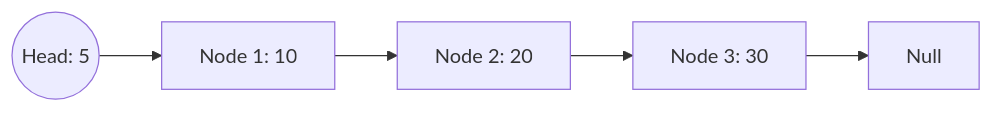
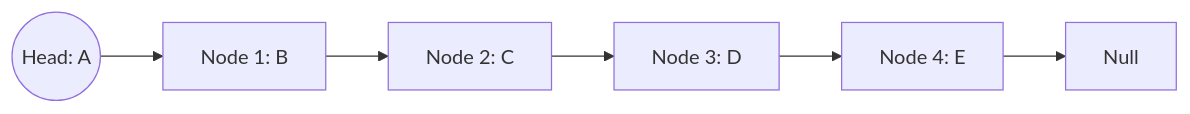
One commit to XE0N-Eg0/DSA-C changed the first of 4 diagrams in DSA-C/Chapter 2 - Linked list/00_list-notes.md. Above: the diagram before and after it, drawn with Mermaid. The commit also changed other lines of this file, not shown here.

````diff
--- a/DSA-C/Chapter 2 - Linked list/00_list-notes.md
+++ b/DSA-C/Chapter 2 - Linked list/00_list-notes.md
@@ -63,7 +15,8 @@
 ```mermaid
-graph LR
-  HEAD((Head: 5)) --> NODE1[Node 1: 10]
-  NODE1 --> NODE2[Node 2: 20]
-  NODE2 --> NODE3[Node 3: 30]
-  NODE3 --> NULL[Null]
+flowchart LR
+    HEAD((Head: A)) --> NODE1[Node 1: B]
+    NODE1 --> NODE2[Node 2: C]
+    NODE2 --> NODE3[Node 3: D]
+    NODE3 --> NODE4[Node 4: E]
+    NODE4 --> NULL[Null]
 ```
````
